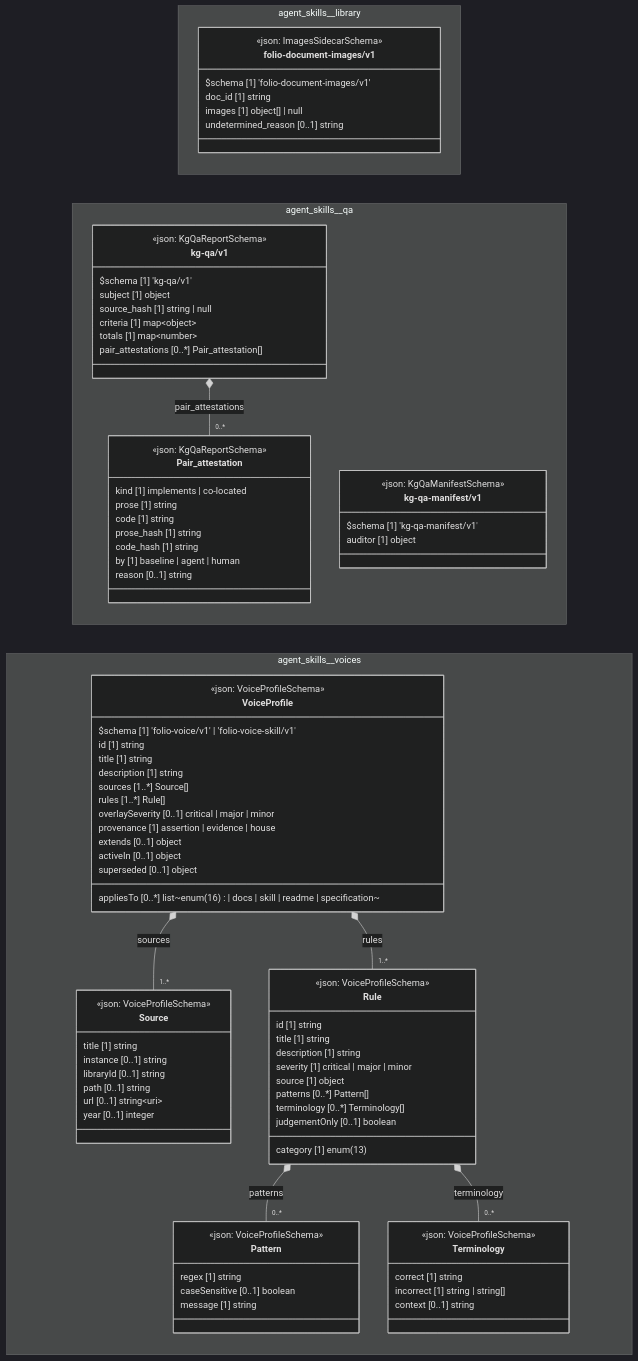
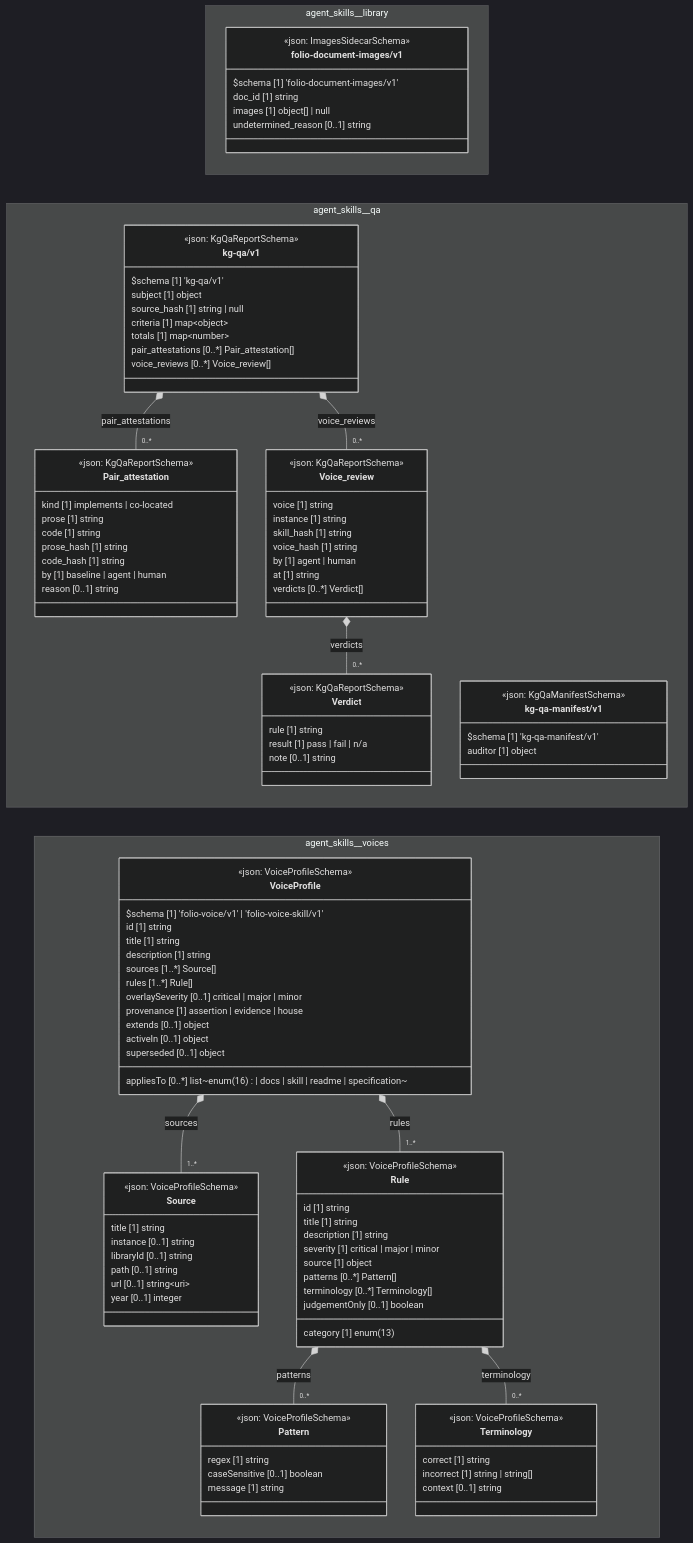
One commit to litlfred/folio-assistant changed the diagram in cat-harness/docs/uml/overview/agent-skills.md. Above: the diagram before and after it, drawn with Mermaid (dark theme). The commit also changed 573 other files, not shown here.

First line of the commit message:
rkqp: agentic review axis for skills against the skill voices

```diff
--- a/cat-harness/docs/uml/overview/agent-skills.md
+++ b/cat-harness/docs/uml/overview/agent-skills.md
@@ -66,6 +66,22 @@
       by [1] baseline | agent | human
       reason [0..1] string
     }
+    class agent_skills_qa_kg_qa_v1_Verdict["Verdict"] {
+      <<json: KgQaReportSchema>>
+      rule [1] string
+      result [1] pass | fail | n/a
+      note [0..1] string
+    }
+    class agent_skills_qa_kg_qa_v1_Voice_review["Voice_review"] {
+      <<json: KgQaReportSchema>>
+      voice [1] string
+      instance [1] string
+      skill_hash [1] string
+      voice_hash [1] string
+      by [1] agent | human
+      at [1] string
+      verdicts [0..*] Verdict[]
+    }
     class agent_skills_qa_kg_qa_v1_kg_qa_v1["kg-qa/v1"] {
       <<json: KgQaReportSchema>>
       $schema [1] 'kg-qa/v1'
@@ -74,6 +90,7 @@
       criteria [1] map~object~
       totals [1] map~number~
       pair_attestations [0..*] Pair_attestation[]
+      voice_reviews [0..*] Voice_review[]
     }
     class agent_skills_qa_kg_qa_manifest_v1_kg_qa_manifest_v1["kg-qa-manifest/v1"] {
       <<json: KgQaManifestSchema>>
@@ -133,7 +150,11 @@
   }
   cssClass "agent_skills_library_folio_document_images_v1_folio_document_images_v1" fa_uml_kind_library
   agent_skills_qa_kg_qa_v1_kg_qa_v1 *-- "0..*" agent_skills_qa_kg_qa_v1_Pair_attestation : pair_attestations
+  agent_skills_qa_kg_qa_v1_Voice_review *-- "0..*" agent_skills_qa_kg_qa_v1_Verdict : verdicts
+  agent_skills_qa_kg_qa_v1_kg_qa_v1 *-- "0..*" agent_skills_qa_kg_qa_v1_Voice_review : voice_reviews
   cssClass "agent_skills_qa_kg_qa_v1_Pair_attestation" fa_uml_kind_qa
+  cssClass "agent_skills_qa_kg_qa_v1_Verdict" fa_uml_kind_qa
+  cssClass "agent_skills_qa_kg_qa_v1_Voice_review" fa_uml_kind_qa
   cssClass "agent_skills_qa_kg_qa_v1_kg_qa_v1" fa_uml_kind_qa
   cssClass "agent_skills_qa_kg_qa_manifest_v1_kg_qa_manifest_v1" fa_uml_kind_qa
   agent_skills_voices_VoiceProfile *-- "1..*" agent_skills_voices_Source : sources
```
